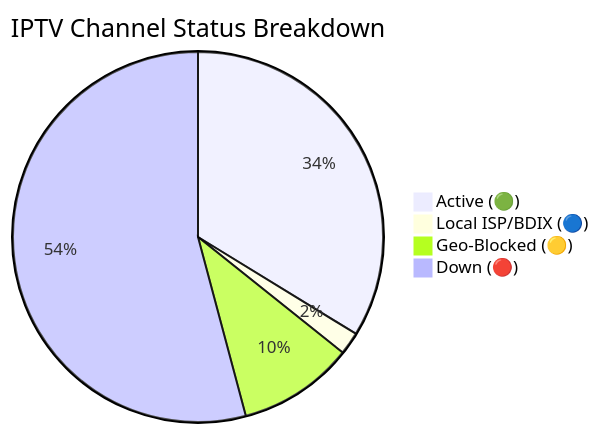
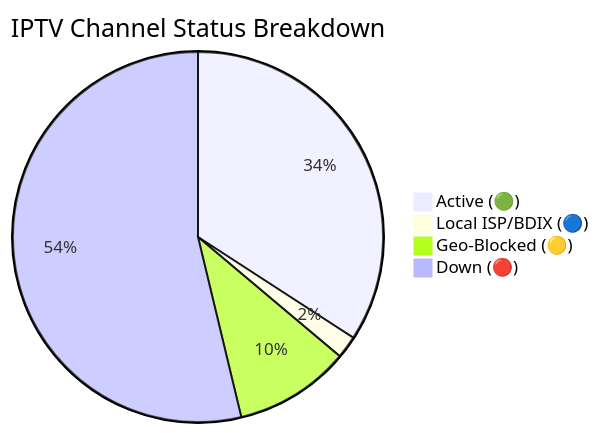
The diagram in README.md (andreataylord/Ip-tv-Collection), drawn with Mermaid before and after one commit. The commit also changed other lines of this file and 1 other file, not shown here.

Commit message:
docs(readme): auto-update daily channel status chart

````diff
--- a/README.md
+++ b/README.md
@@ -59,7 +59,7 @@
 ```mermaid
 pie title IPTV Channel Status Breakdown
-    "Active (🟢)" : 2192
+    "Active (🟢)" : 2218
     "Local ISP/BDIX (🔵)" : 128
     "Geo-Blocked (🟡)" : 657
-    "Down (🔴)" : 3517
+    "Down (🔴)" : 3491
 ```
````
